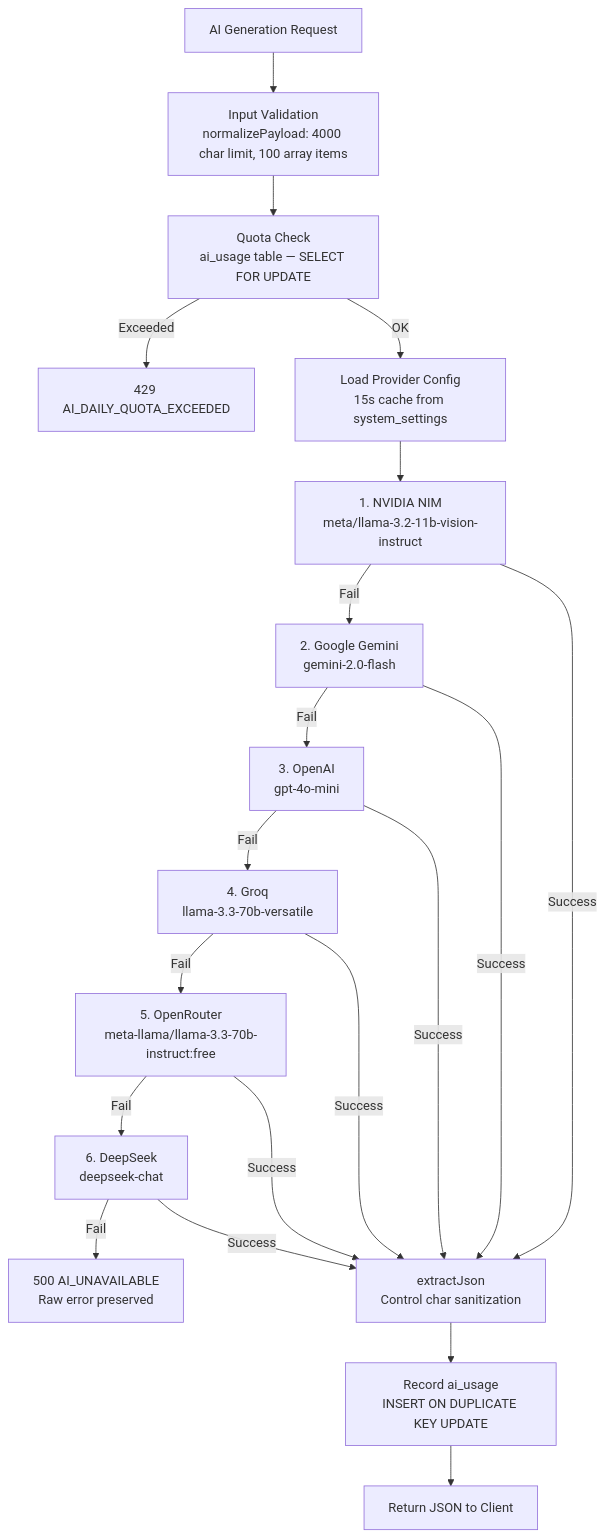
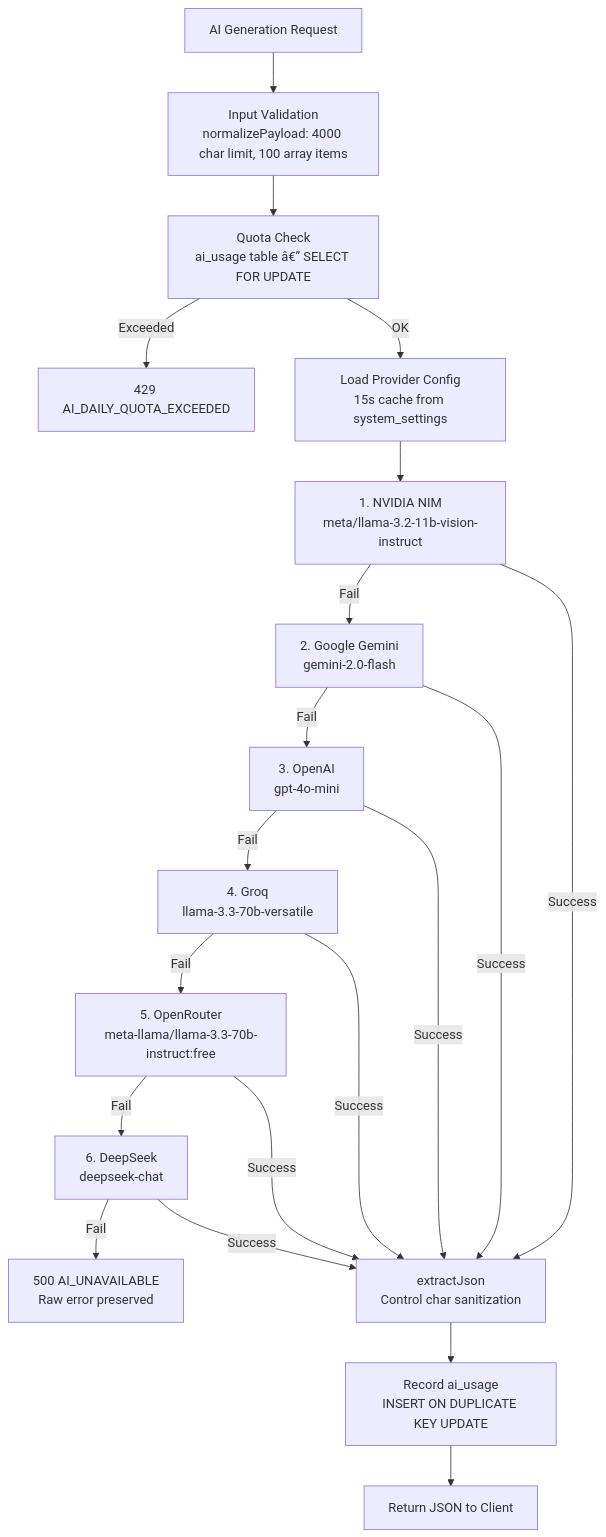
Before and after one commit to bhaskarbeyond-creator/ResumePilotAi: the sixth of 18 diagrams in architecture-flowchart.md, drawn with Mermaid. The commit also changed other lines of this file and 1 other file, not shown here.

````diff
--- a/architecture-flowchart.md
+++ b/architecture-flowchart.md
@@ -780,19 +780,19 @@
 ```mermaid
 graph TD
     REQ[AI Generation Request] --> VAL[Input Validation<br/>normalizePayload: 4000 char limit, 100 array items]
-    VAL --> QUOTA[Quota Check<br/>ai_usage table — SELECT FOR UPDATE]
+    VAL --> QUOTA[Quota Check<br/>ai_usage table â€” SELECT FOR UPDATE]
     QUOTA --> |Exceeded| DENY[429 AI_DAILY_QUOTA_EXCEEDED]
     QUOTA --> |OK| CFG[Load Provider Config<br/>15s cache from system_settings]
 
     CFG --> P1[1. NVIDIA NIM<br/>meta/llama-3.2-11b-vision-instruct]
     P1 --> |Fail| P2[2. Google Gemini<br/>gemini-2.0-flash]
     P2 --> |Fail| P3[3. OpenAI<br/>gpt-4o-mini]
     P3 --> |Fail| P4[4. Groq<br/>llama-3.3-70b-versatile]
     P4 --> |Fail| P5[5. OpenRouter<br/>meta-llama/llama-3.3-70b-instruct:free]
     P5 --> |Fail| P6[6. DeepSeek<br/>deepseek-chat]
     P6 --> |Fail| ERR[500 AI_UNAVAILABLE<br/>Raw error preserved]
 
     P1 & P2 & P3 & P4 & P5 & P6 --> |Success| PARSE[extractJson<br/>Control char sanitization]
     PARSE --> RECORD[Record ai_usage<br/>INSERT ON DUPLICATE KEY UPDATE]
     RECORD --> RES[Return JSON to Client]
 ```
````
